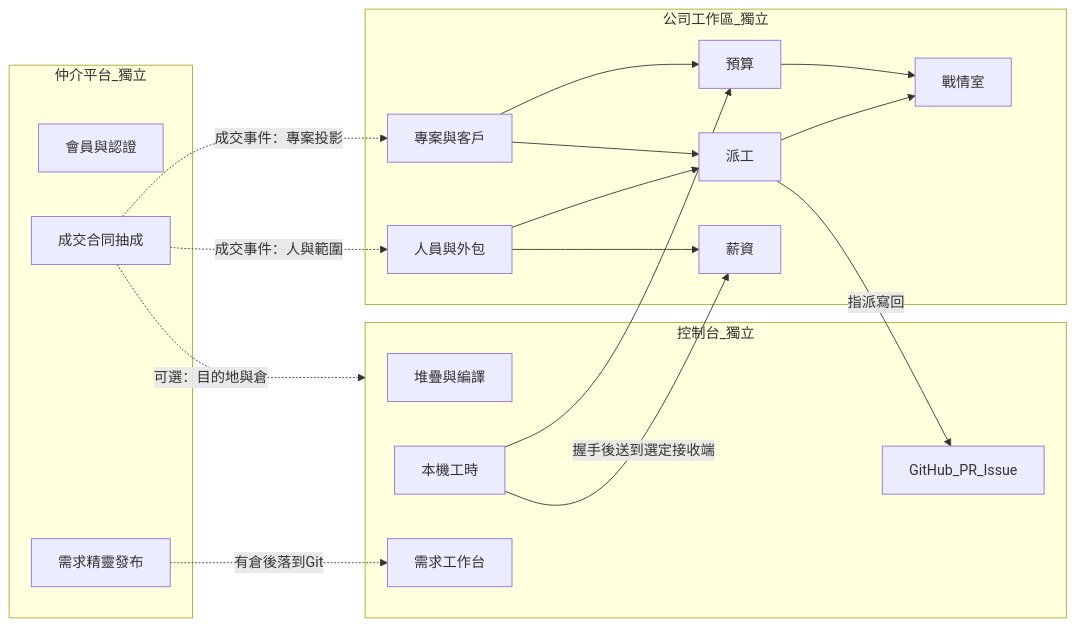
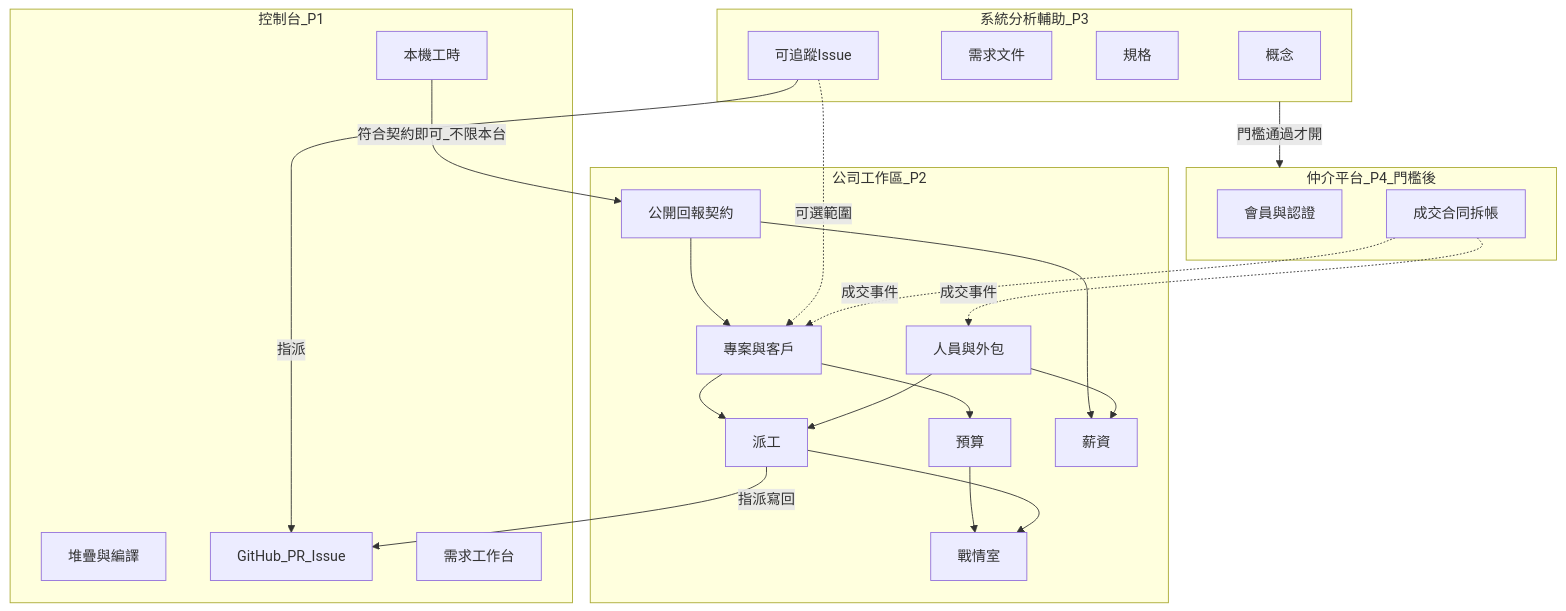
Before and after one commit to sjvann/AI_Project_Console: the diagram in docs/product/spec.md, drawn with Mermaid. The commit also changed other lines of this file and 28 other files, not shown here.

````diff
--- a/docs/product/spec.md
+++ b/docs/product/spec.md
@@ -15,35 +15,43 @@
 ```mermaid
-flowchart LR
-  subgraph market [仲介平台_獨立]
-    Members[會員與認證]
-    Listings[需求精靈發布]
-    Deal[成交合同抽成]
-  end
-  subgraph console [控制台_獨立]
+flowchart TB
+  subgraph console [控制台_P1]
     Stack[堆疊與編譯]
     Gh[GitHub_PR_Issue]
     Hours[本機工時]
     Intake[需求工作台]
   end
-  subgraph workspace [公司工作區_獨立]
+  subgraph workspace [公司工作區_P2]
+    Ingest[公開回報契約]
     People[人員與外包]
     Dispatch[派工]
     Projects[專案與客戶]
     Budget[預算]
     Payroll[薪資]
     WarRoom[戰情室]
   end
-  Deal -.->|成交事件：人與範圍| People
-  Deal -.->|成交事件：專案投影| Projects
-  Deal -.->|可選：目的地與倉| console
-  Listings -.->|有倉後落到Git| Intake
-  Hours -->|握手後送到選定接收端| Payroll
-  Hours --> Budget
+  subgraph analysis [系統分析輔助_P3]
+    Concept[概念]
+    Req[需求文件]
+    SpecDoc[規格]
+    Issues[可追蹤Issue]
+  end
+  subgraph market [仲介平台_P4_門檻後]
+    Members[會員與認證]
+    Deal[成交合同拆帳]
+  end
+  Hours -->|符合契約即可_不限本台| Ingest
+  Ingest --> Projects
+  Ingest --> Payroll
+  Issues -->|指派| Gh
+  Issues -.->|可選範圍| Projects
+  analysis -->|"門檻通過才開"| market
+  Deal -.->|成交事件| People
+  Deal -.->|成交事件| Projects
   Dispatch -->|指派寫回| Gh
   Projects --> Dispatch
   People --> Dispatch
   People --> Payroll
   Projects --> Budget
   Budget --> WarRoom
   Dispatch --> WarRoom
 ```
````
